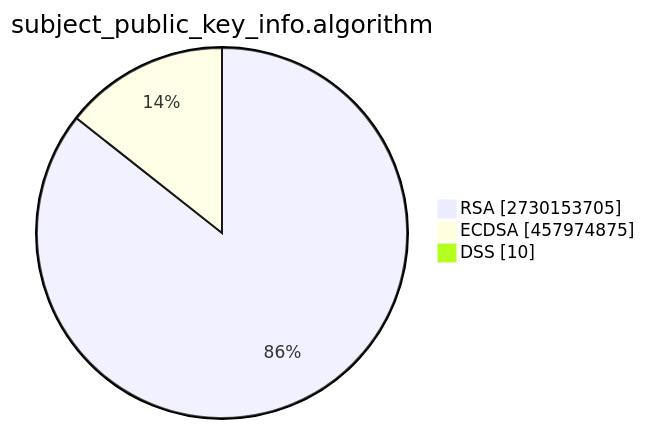
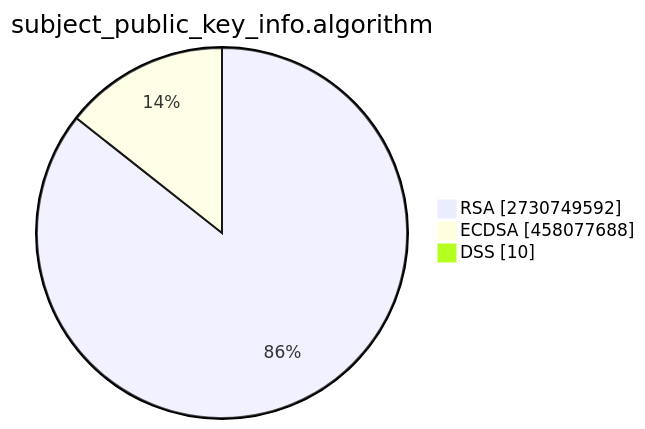
The second of 15 diagrams in TOTAL/README.md (christiankrug/ctmonitor_visualization), drawn with Mermaid before and after one commit. The commit also changed other lines of this file, not shown here.

````diff
--- a/TOTAL/README.md
+++ b/TOTAL/README.md
@@ -6,7 +6,7 @@
 ```mermaid
 pie showData
 title subject_public_key_info.algorithm
-"RSA" :2730153705
-"ECDSA" :457974875
+"RSA" :2730749592
+"ECDSA" :458077688
 "DSS" :10
 ```
````
